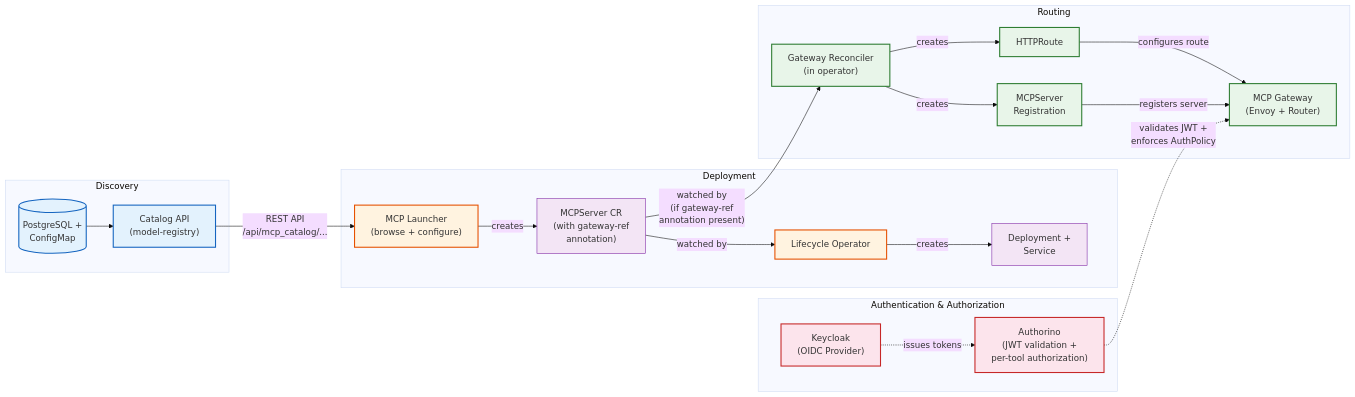
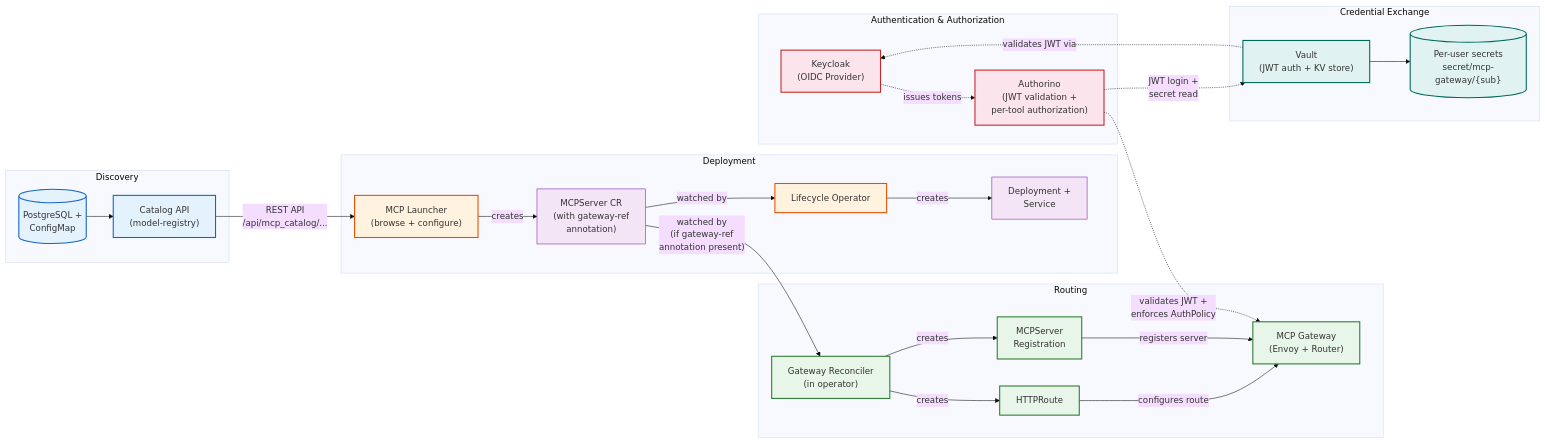
The diagram in docs/diagrams/catalog-to-gateway-pipeline.mermaid (jaideepr97/mcp-ecosystem-experimentation), drawn with Mermaid before and after one commit. The commit also changed 18 other files, not shown here.

First line of the commit message:
Phase 15: Per-user credential exchange via Vault + GitHub MCP server

```diff
--- a/docs/diagrams/catalog-to-gateway-pipeline.mermaid
+++ b/docs/diagrams/catalog-to-gateway-pipeline.mermaid
@@ -1,56 +1,66 @@
 %%{ init: { 'theme': 'base' } }%%
 
 flowchart LR
     subgraph discovery["Discovery"]
         catalog["Catalog API<br/>(model-registry)"]
         sources[("PostgreSQL +<br/>ConfigMap")]
         sources --> catalog
     end
 
     subgraph deployment["Deployment"]
         launcher["MCP Launcher<br/>(browse + configure)"]
         mcpserver["MCPServer CR<br/>(with gateway-ref<br/>annotation)"]
         operator["Lifecycle Operator"]
         deploy["Deployment +<br/>Service"]
     end
 
     subgraph routing["Routing"]
         gw-controller["Gateway Reconciler<br/>(in operator)"]
         httproute["HTTPRoute"]
         registration["MCPServer<br/>Registration"]
         gateway["MCP Gateway<br/>(Envoy + Router)"]
     end
 
     subgraph auth["Authentication & Authorization"]
         oidc["Keycloak<br/>(OIDC Provider)"]
         authorino["Authorino<br/>(JWT validation +<br/>per-tool authorization)"]
     end
 
+    subgraph credentials["Credential Exchange"]
+        vault["Vault<br/>(JWT auth + KV store)"]
+        cred-secret[("Per-user secrets<br/>secret/mcp-gateway/{sub}")]
+        vault --> cred-secret
+    end
+
     %% Pipeline flow
     catalog -->|"REST API<br/>/api/mcp_catalog/..."| launcher
     launcher -->|"creates"| mcpserver
     mcpserver -->|"watched by"| operator
     operator -->|"creates"| deploy
 
     mcpserver -->|"watched by<br/>(if gateway-ref<br/>annotation present)"| gw-controller
     gw-controller -->|"creates"| httproute
     gw-controller -->|"creates"| registration
 
     httproute -->|"configures route"| gateway
     registration -->|"registers server"| gateway
 
     oidc -.->|"issues tokens"| authorino
     authorino -.->|"validates JWT +<br/>enforces AuthPolicy"| gateway
+    authorino -.->|"JWT login +<br/>secret read"| vault
+    vault -.->|"validates JWT via"| oidc
 
     %% Styling
     classDef discoveryStyle fill:#e3f2fd,stroke:#1565C0,stroke-width:2px
     classDef deployStyle fill:#fff3e0,stroke:#E65100,stroke-width:2px
     classDef routeStyle fill:#e8f5e9,stroke:#2E7D32,stroke-width:2px
     classDef authStyle fill:#fce4ec,stroke:#C62828,stroke-width:2px
     classDef crStyle fill:#f3e5f5,stroke:#7B1FA2,stroke-width:1px
+    classDef credStyle fill:#e0f2f1,stroke:#00695C,stroke-width:2px
 
     class catalog,sources discoveryStyle
     class launcher,operator deployStyle
     class mcpserver,deploy crStyle
     class gw-controller,httproute,registration,gateway routeStyle
     class oidc,authorino authStyle
+    class vault,cred-secret credStyle
```
